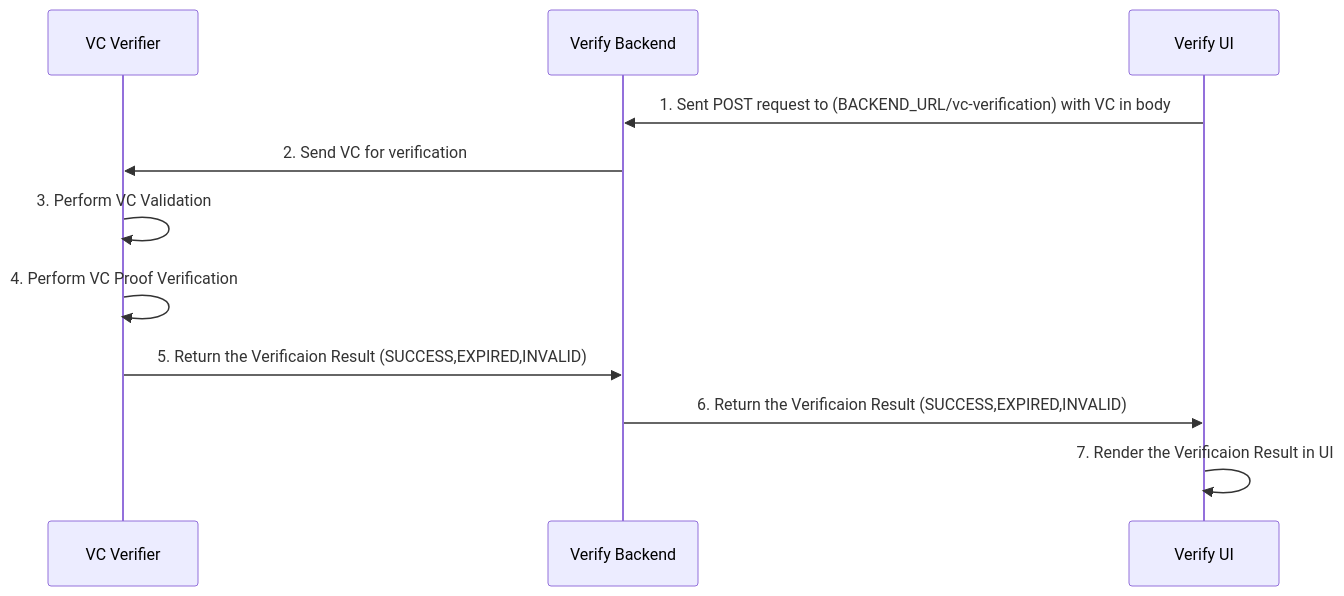
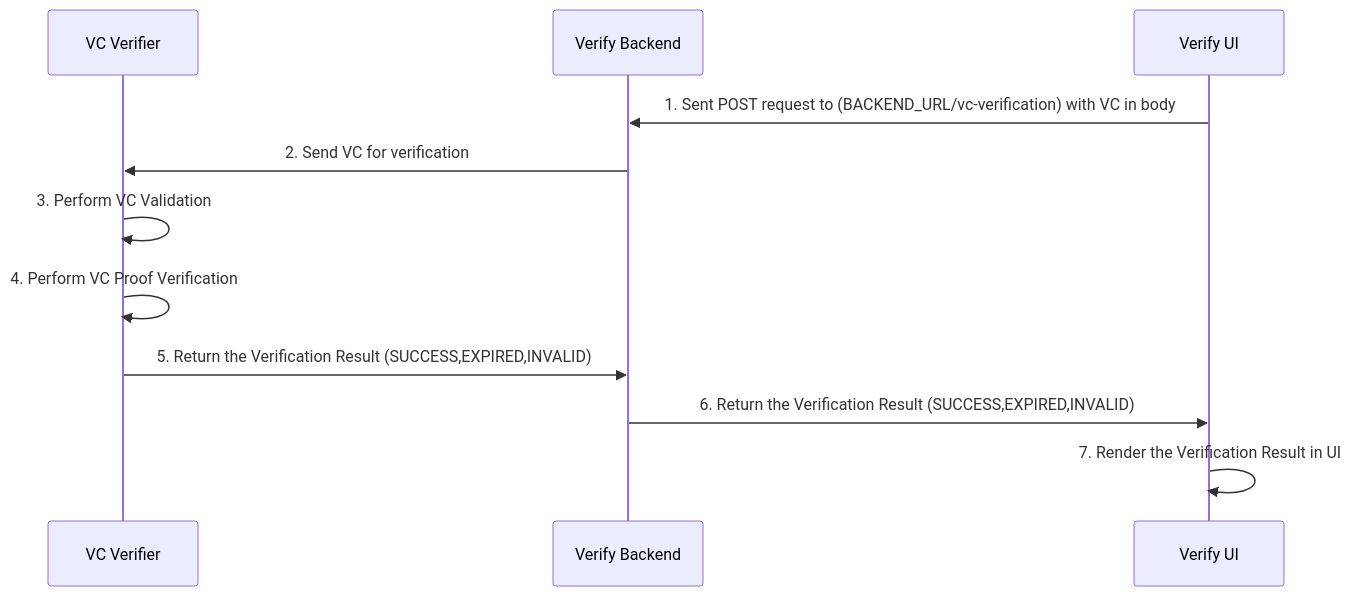
One commit to mosip/inji-verify changed the diagram in docs/VC-Verification.md. Above: the diagram before and after it, drawn with Mermaid. The commit also changed 2 other files, not shown here.

Commit message:
[INJIVER-863] fix typo issue

````diff
--- a/docs/VC-Verification.md
+++ b/docs/VC-Verification.md
@@ -15,15 +15,15 @@
 ```mermaid
 sequenceDiagram
 participant VC Verifier
 participant Verify Backend
 participant Verify UI
 
 
     Verify UI->>Verify Backend: 1. Sent POST request to (BACKEND_URL/vc-verification) with VC in body
     Verify Backend->>VC Verifier: 2. Send VC for verification
     VC Verifier->>VC Verifier: 3. Perform VC Validation
     VC Verifier->>VC Verifier: 4. Perform VC Proof Verification
-    VC Verifier->>Verify Backend: 5. Return the Verificaion Result (SUCCESS,EXPIRED,INVALID)
-    Verify Backend->>Verify UI: 6. Return the Verificaion Result (SUCCESS,EXPIRED,INVALID)
-    Verify UI->>Verify UI: 7. Render the Verificaion Result in UI
+    VC Verifier->>Verify Backend: 5. Return the Verification Result (SUCCESS,EXPIRED,INVALID)
+    Verify Backend->>Verify UI: 6. Return the Verification Result (SUCCESS,EXPIRED,INVALID)
+    Verify UI->>Verify UI: 7. Render the Verification Result in UI
 ```
````
